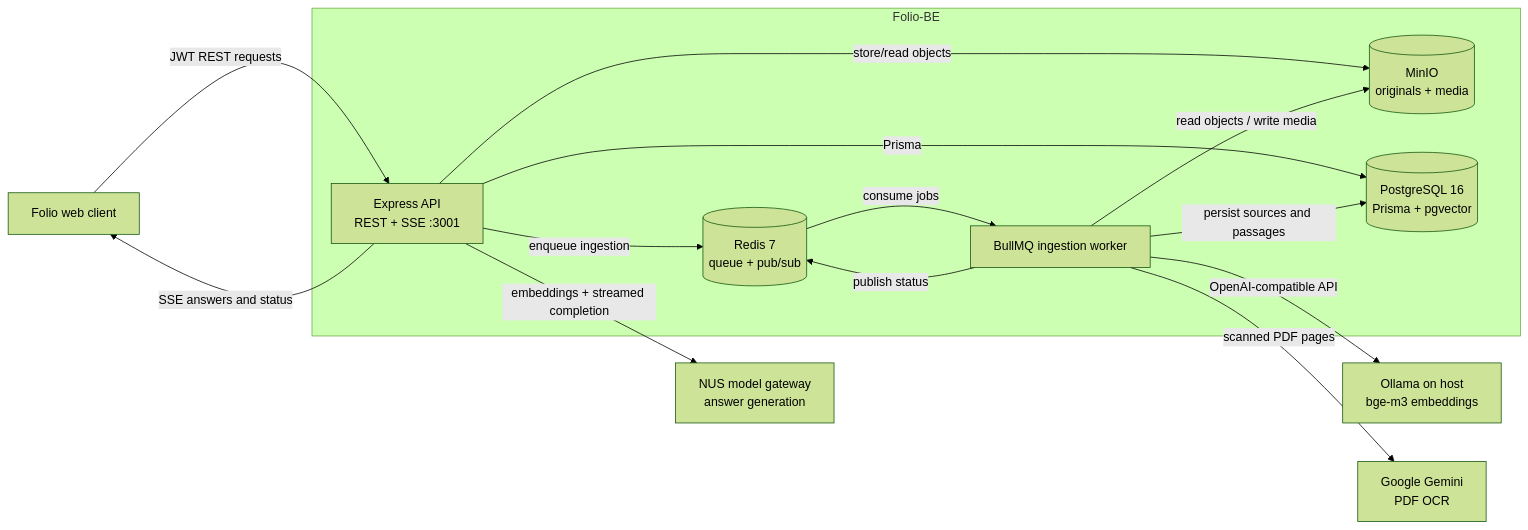
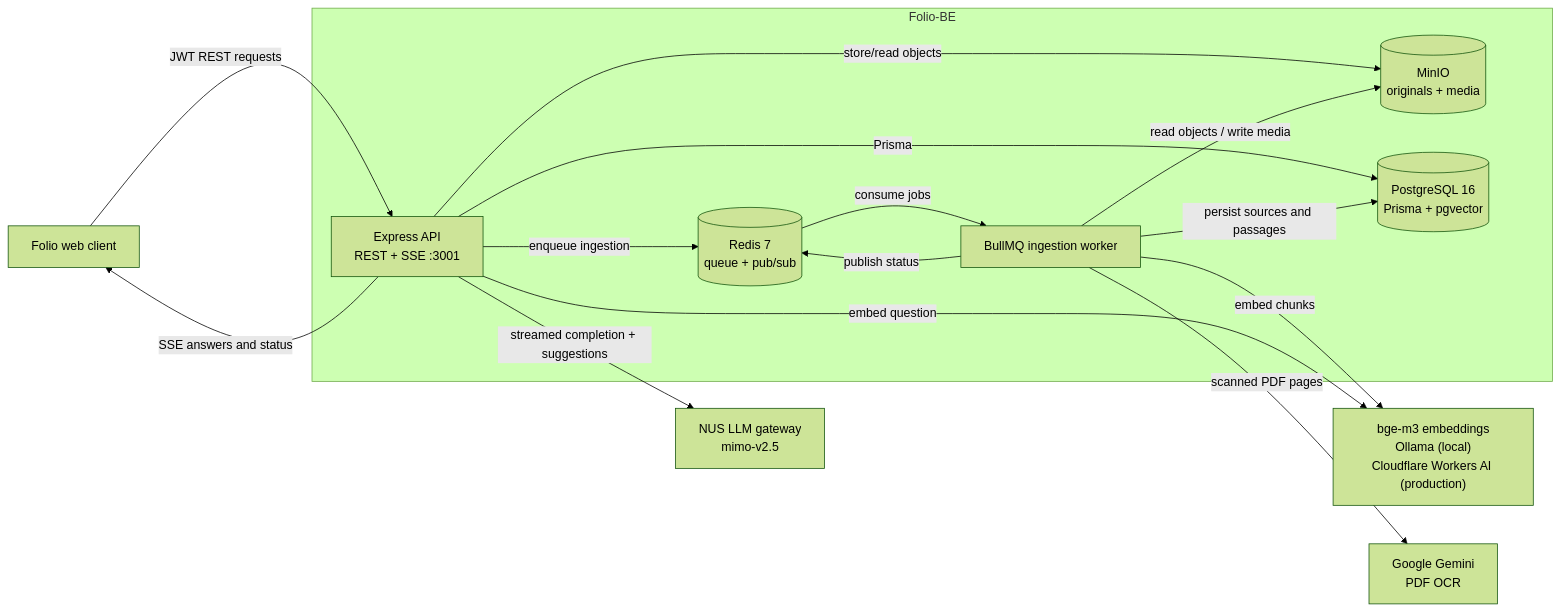
One commit to nustechnology/Folio-BE changed the first of 4 diagrams in README.md. Above: the diagram before and after it, drawn with Mermaid (forest theme). The commit also changed other lines of this file and 2 other files, not shown here.

````diff
--- a/README.md
+++ b/README.md
@@ -301,28 +294,29 @@
 ```mermaid
 flowchart LR
   Client["Folio web client"]
-  Ollama["Ollama on host<br/>bge-m3 embeddings"]
-  Chat["NUS model gateway<br/>answer generation"]
+  Embed["bge-m3 embeddings<br/>Ollama (local)<br/>Cloudflare Workers AI (production)"]
+  Chat["NUS LLM gateway<br/>mimo-v2.5"]
   Gemini["Google Gemini<br/>PDF OCR"]
 
   subgraph Backend["Folio-BE"]
     API["Express API<br/>REST + SSE :3001"]
     Worker["BullMQ ingestion worker"]
     Redis[("Redis 7<br/>queue + pub/sub")]
     MinIO[("MinIO<br/>originals + media")]
     Postgres[("PostgreSQL 16<br/>Prisma + pgvector")]
   end
 
   Client -->|"JWT REST requests"| API
   API -->|"SSE answers and status"| Client
   API -->|"Prisma"| Postgres
   API -->|"store/read objects"| MinIO
   API -->|"enqueue ingestion"| Redis
   Redis -->|"consume jobs"| Worker
   Worker -->|"persist sources and passages"| Postgres
   Worker -->|"read objects / write media"| MinIO
   Worker -->|"publish status"| Redis
-  Worker -->|"OpenAI-compatible API"| Ollama
+  Worker -->|"embed chunks"| Embed
   Worker -->|"scanned PDF pages"| Gemini
-  API -->|"embeddings + streamed completion"| Chat
+  API -->|"embed question"| Embed
+  API -->|"streamed completion + suggestions"| Chat
 ```
````
